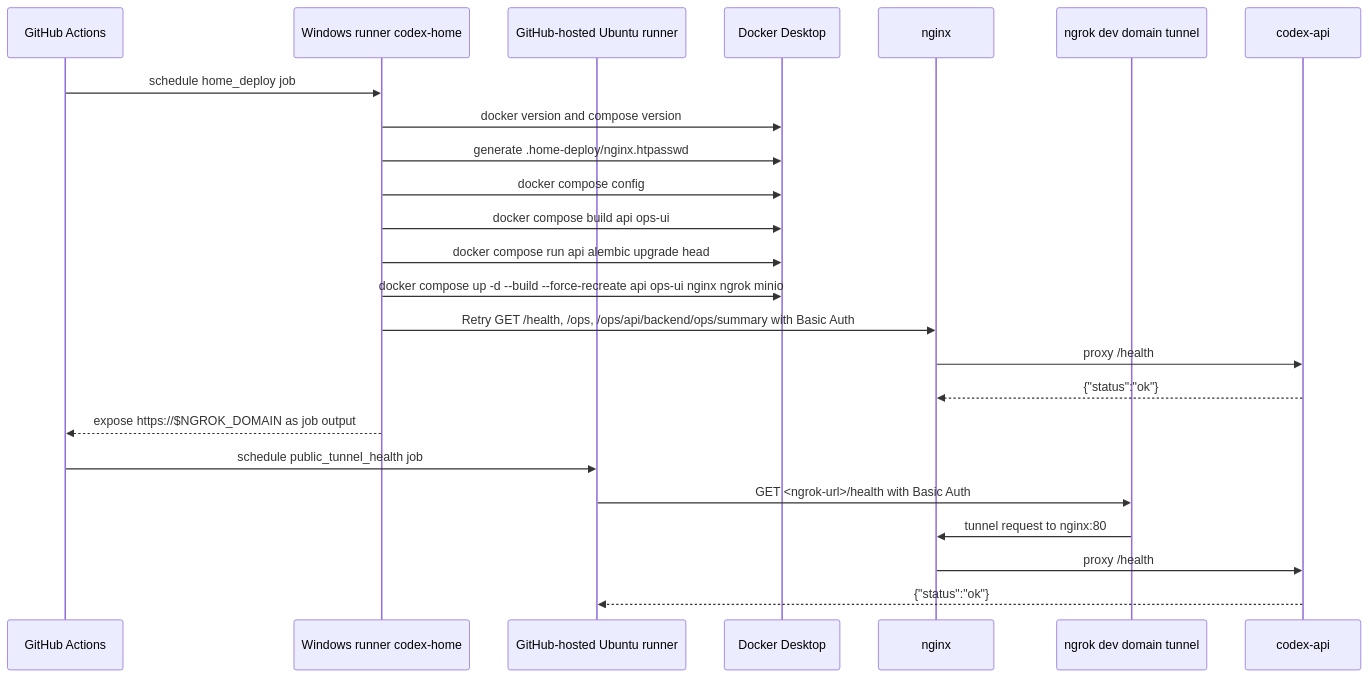
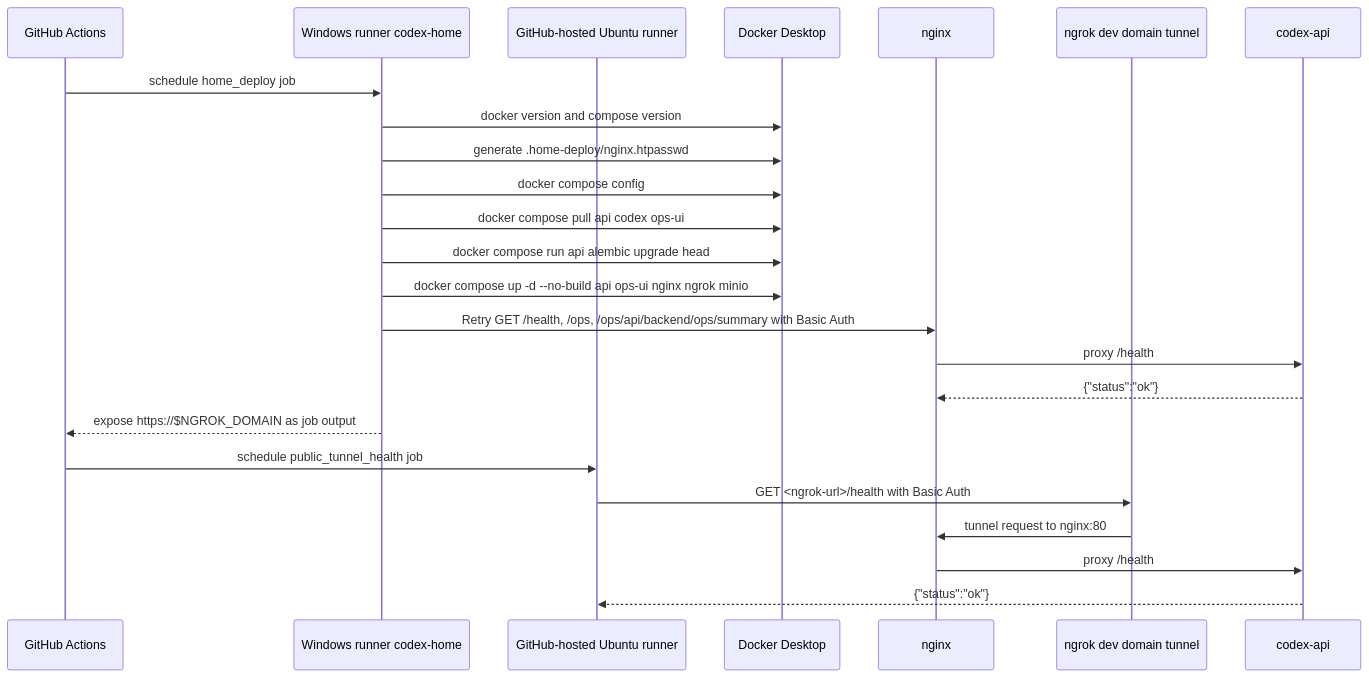
The third of 5 diagrams in docs/CICD.md (Mabaragi/codex-youtube-pipeline), drawn with Mermaid before and after one commit. The commit also changed other lines of this file and 27 other files, not shown here.

````diff
--- a/docs/CICD.md
+++ b/docs/CICD.md
@@ -88,27 +86,27 @@
 ```mermaid
 sequenceDiagram
     participant GH as GitHub Actions
     participant Runner as Windows runner codex-home
     participant PublicRunner as GitHub-hosted Ubuntu runner
     participant Docker as Docker Desktop
     participant Nginx as nginx
     participant Ngrok as ngrok dev domain tunnel
     participant API as codex-api
 
     GH->>Runner: schedule home_deploy job
     Runner->>Docker: docker version and compose version
     Runner->>Docker: generate .home-deploy/nginx.htpasswd
     Runner->>Docker: docker compose config
-    Runner->>Docker: docker compose build api ops-ui
+    Runner->>Docker: docker compose pull api codex ops-ui
     Runner->>Docker: docker compose run api alembic upgrade head
-    Runner->>Docker: docker compose up -d --build --force-recreate api ops-ui nginx ngrok minio
+    Runner->>Docker: docker compose up -d --no-build api ops-ui nginx ngrok minio
     Runner->>Nginx: Retry GET /health, /ops, /ops/api/backend/ops/summary with Basic Auth
     Nginx->>API: proxy /health
     API-->>Nginx: {"status":"ok"}
     Runner-->>GH: expose https://$NGROK_DOMAIN as job output
     GH->>PublicRunner: schedule public_tunnel_health job
     PublicRunner->>Ngrok: GET <ngrok-url>/health with Basic Auth
     Ngrok->>Nginx: tunnel request to nginx:80
     Nginx->>API: proxy /health
     API-->>PublicRunner: {"status":"ok"}
 ```
````
